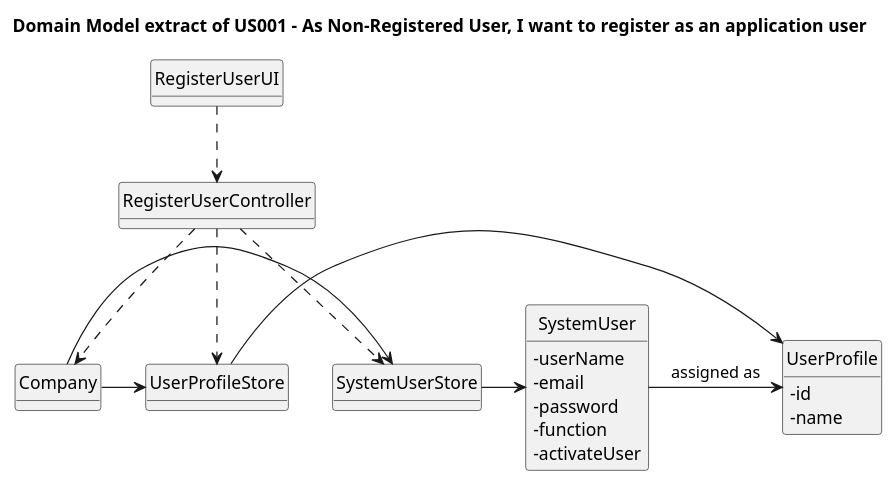
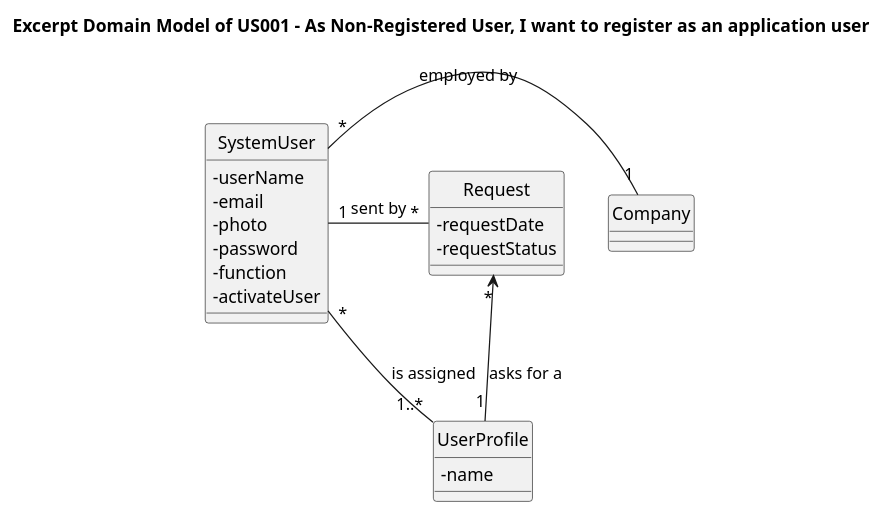
One commit to nunogon1211787/projectManagement changed the diagram in docs/Sprint1/US001/US001-MD.puml. Above: the diagram before and after it, drawn with PlantUML. The commit also changed 4 other files, not shown here.

```diff
--- a/docs/Sprint1/US001/US001-MD.puml
+++ b/docs/Sprint1/US001/US001-MD.puml
@@ -1,51 +1,44 @@
 @startuml
 'https://plantuml.com/class-diagram
+skinparam classAttributeIconSize 0
 hide circle
-skinparam classAttributeIconSize 0
-hide methods
 
-title Domain Model extract of US001 - As Non-Registered User, I want to register as an application user
+title Excerpt Domain Model of US001 - As Non-Registered User, I want to register as an application user
 
-class RegisterUserUI {
-'    -designation
+together {
+class Company{
+}
+'class Resource{
+'- startDate
+'- endDate
+'- costPerHour
+'- percentageOfAllocation
+'}
+'class ProjectRole{
+'- name
+'}
+class UserProfile{
+- name
+}
+class Request{
+- requestDate
+- requestStatus
+}
+class SystemUser{
+- userName
+- email
+- photo
+- password
+- function
+- activateUser
+}
 }
 
-class RegisterUserController {
-
-    +createSystemUser(userName, email, function, password, passwordConfirmation, photo)
-}
-
-class Company {
-    {method}
-    +getSystemUserStore()
-    +getUserProfileStore()
-}
-
-class UserProfileStore {
-}
-class SystemUserStore {
-}
-class SystemUser {
-- userName
-- email
-- password
-- function
--activateUser
-
-+SystemUser(userName, email, function, password, passwordConfirmation, photo, Userprofile)
-}
-class UserProfile {
-- id
-- name
-}
-
-RegisterUserUI ..>  RegisterUserController
-RegisterUserController ..> UserProfileStore
-RegisterUserController ..> SystemUserStore
-RegisterUserController ..> Company
-Company -> UserProfileStore
-Company -> SystemUserStore
-UserProfileStore -> UserProfile
-SystemUserStore -> SystemUser
-SystemUser -> UserProfile: assigned as
+SystemUser "1" -- "*" Request: sent by
+'SystemUser "1" -- "*" Resource: act as
+Company "1" -left- "*" SystemUser: employed by
+UserProfile "1..*" -- "*" SystemUser: is assigned
+Request "*" <-- "1" UserProfile: asks for a
+'Resource "*" -left- "1" ProjectRole: plays a
+'Resource "*" -left-> "1" ProjectTeam: is associate
 @enduml
```
